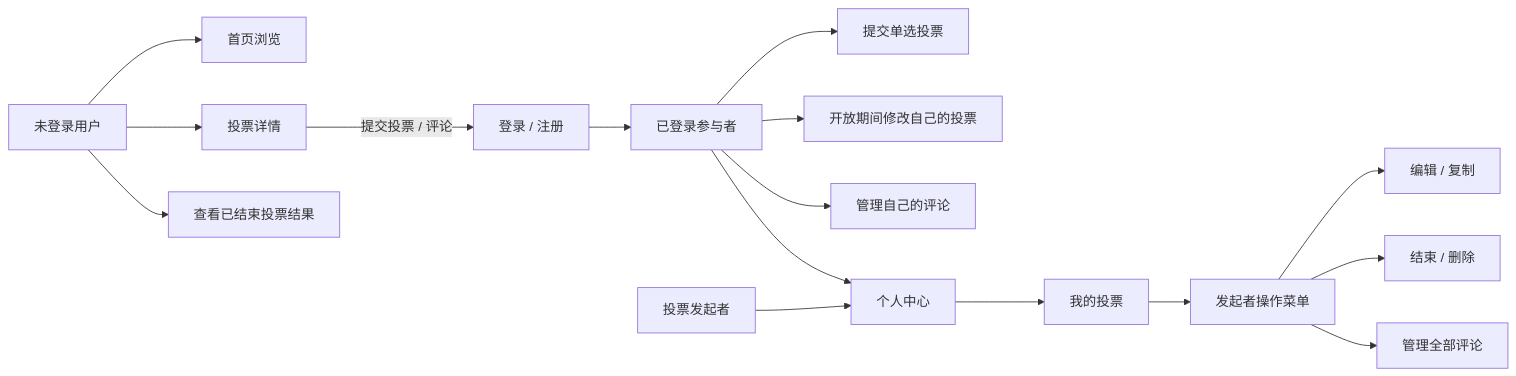
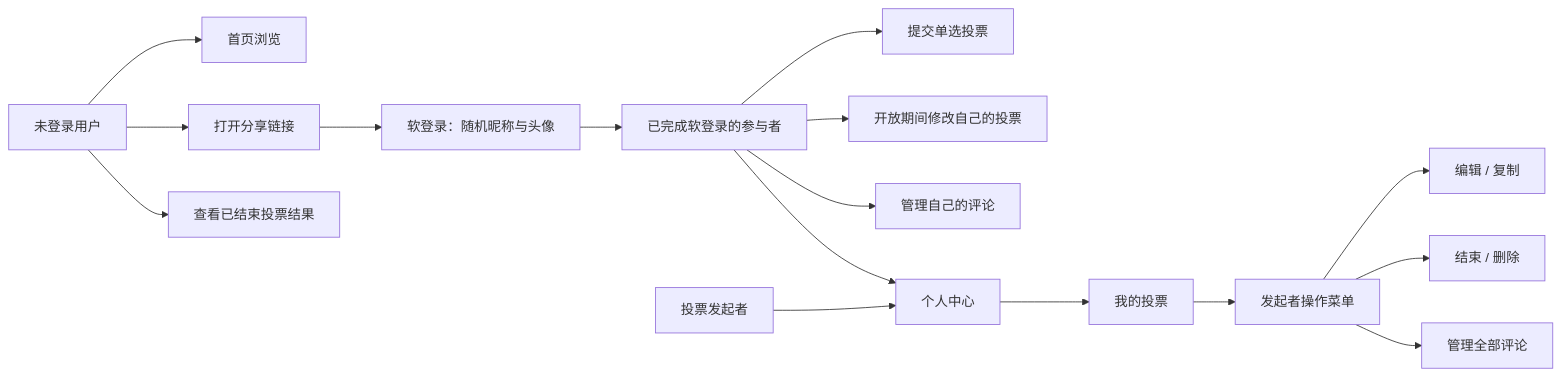
Before and after one commit to sd5913/The-Aliien-Repo: the fifth of 7 diagrams in docs/UserFlow.md, drawn with Mermaid. The commit also changed other lines of this file and 2 other files, not shown here.

Commit message:
feat: update User Flow documentation to include soft login process and add English version

````diff
--- a/docs/UserFlow.md
+++ b/docs/UserFlow.md
@@ -137,21 +110,21 @@
 ```mermaid
 flowchart LR
     A[未登录用户] --> B[首页浏览]
-    A --> C[投票详情]
+    A --> C[打开分享链接]
     A --> D[查看已结束投票结果]
 
-    C -->|提交投票 / 评论| E[登录 / 注册]
-    E --> F[已登录参与者]
+    C --> E[软登录：随机昵称与头像]
+    E --> F[已完成软登录的参与者]
 
     F --> G[提交单选投票]
     F --> H[开放期间修改自己的投票]
     F --> I[管理自己的评论]
     F --> J[个人中心]
 
     K[投票发起者] --> J
     J --> L[我的投票]
     L --> M[发起者操作菜单]
     M --> N[编辑 / 复制]
     M --> O[结束 / 删除]
     M --> P[管理全部评论]
 ```
````
